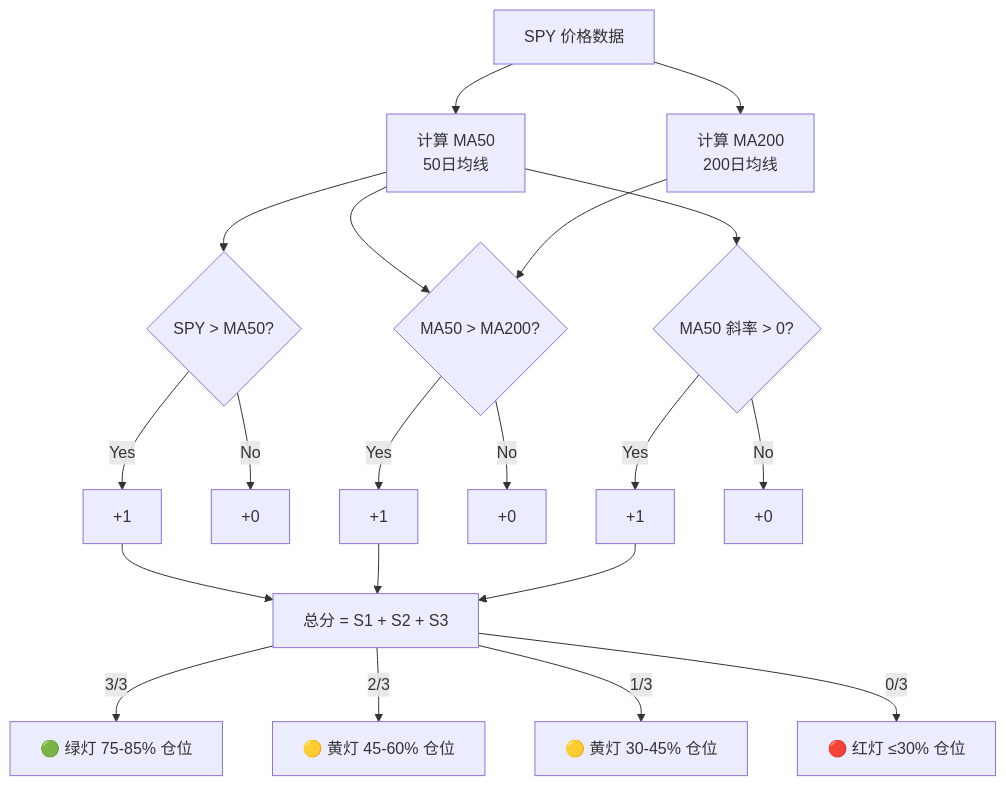
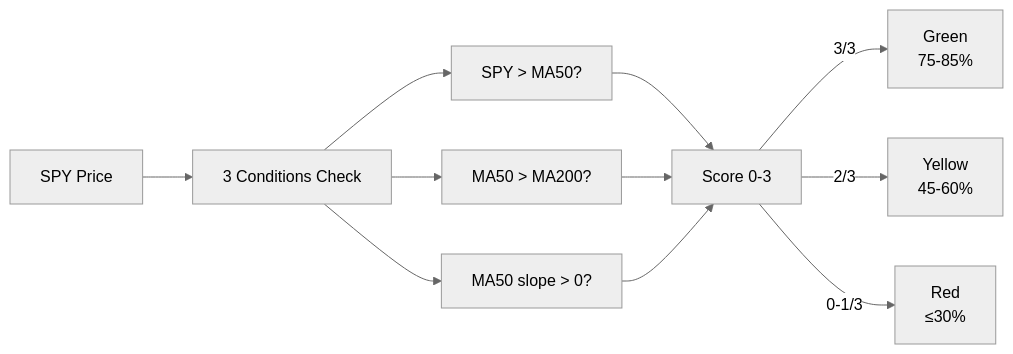
One commit to Guojc-source/Stock_Monitor changed the third of 4 diagrams in README.md. Above: the diagram before and after it, drawn with Mermaid. The commit also changed other lines of this file and 7 other files, not shown here.

Commit message:
style: neutral theme for mermaid diagrams, simplify architecture flowchart

````diff
--- a/README.md
+++ b/README.md
@@ -169,26 +141,14 @@
 ```mermaid
-flowchart TD
-    SPY["SPY 价格数据"]
-    SPY --> MA50["计算 MA50<br/>50日均线"]
-    SPY --> MA200["计算 MA200<br/>200日均线"]
-    MA50 --> CHECK1{"SPY > MA50?"}
-    MA50 --> CHECK2{"MA50 > MA200?"}
-    MA200 --> CHECK2
-    MA50 --> CHECK3{"MA50 斜率 > 0?"}
-
-    CHECK1 --> |"Yes"| S1["+1"]
-    CHECK1 --> |"No"| S1b["+0"]
-    CHECK2 --> |"Yes"| S2["+1"]
-    CHECK2 --> |"No"| S2b["+0"]
-    CHECK3 --> |"Yes"| S3["+1"]
-    CHECK3 --> |"No"| S3b["+0"]
-
-    S1 --> TOTAL["总分 = S1 + S2 + S3"]
-    S2 --> TOTAL
-    S3 --> TOTAL
-
-    TOTAL --> |"3/3"| GREEN["🟢 绿灯 75-85% 仓位"]
-    TOTAL --> |"2/3"| YELLOW["🟡 黄灯 45-60% 仓位"]
-    TOTAL --> |"1/3"| YELLOW2["🟡 黄灯 30-45% 仓位"]
-    TOTAL --> |"0/3"| RED["🔴 红灯 ≤30% 仓位"]
+%%{init: {'theme':'neutral'}}%%
+flowchart LR
+    SPY["SPY Price"] --> CHECK["3 Conditions Check"]
+    CHECK --> C1["SPY > MA50?"]
+    CHECK --> C2["MA50 > MA200?"]
+    CHECK --> C3["MA50 slope > 0?"]
+    C1 --> SCORE["Score 0-3"]
+    C2 --> SCORE
+    C3 --> SCORE
+    SCORE --> |"3/3"| G["Green\n75-85%"]
+    SCORE --> |"2/3"| Y["Yellow\n45-60%"]
+    SCORE --> |"0-1/3"| R["Red\n≤30%"]
 ```
````
